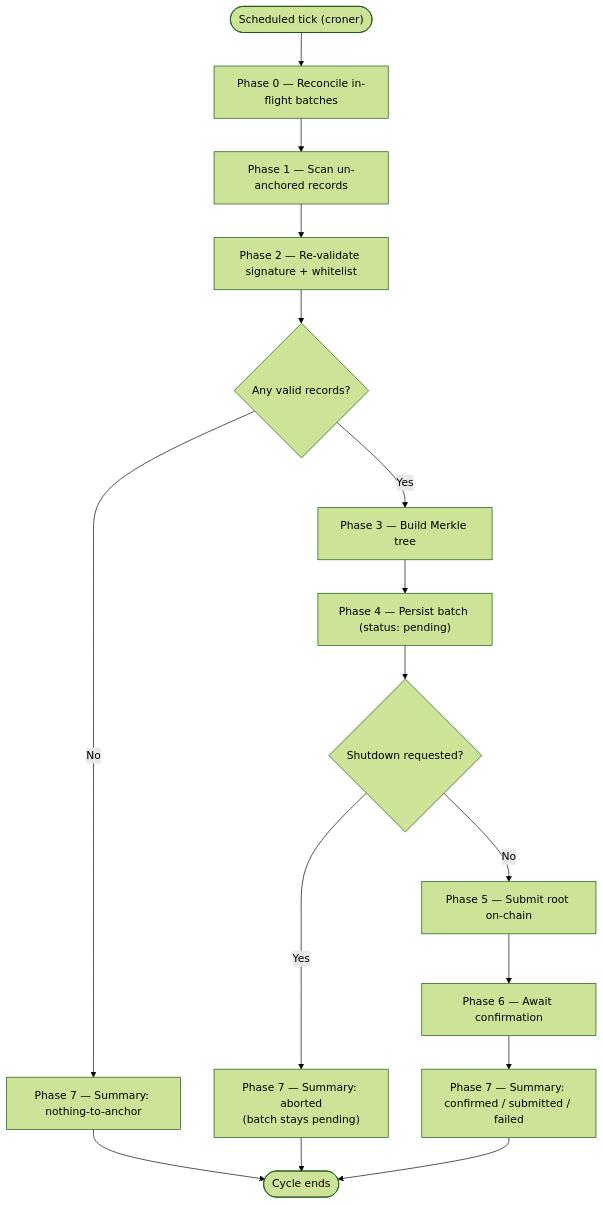
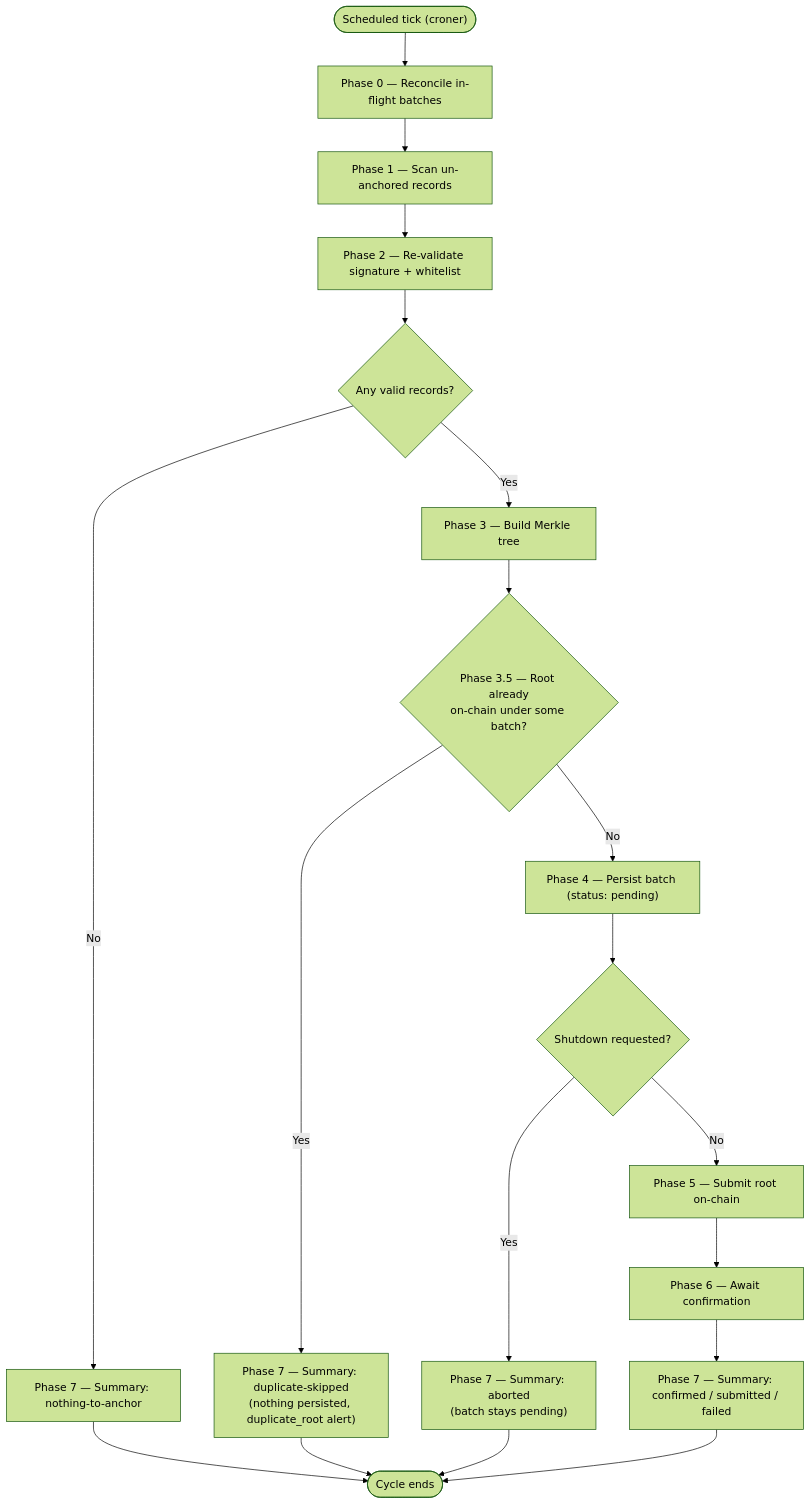
The diagram in docs/en/ANCHOR_SERVICE_EXECUTION_CYCLE.md (DanielCorbellini/madis), drawn with Mermaid (forest theme) before and after one commit. The commit also changed other lines of this file and 6 other files, not shown here.

Commit message:
docs: bring the anchor, monitor and architecture docs up to date with the code (en and pt-br)

````diff
--- a/docs/en/ANCHOR_SERVICE_EXECUTION_CYCLE.md
+++ b/docs/en/ANCHOR_SERVICE_EXECUTION_CYCLE.md
@@ -54,18 +54,21 @@
 ```mermaid
 flowchart TD
     Start(["Scheduled tick (croner)"]) --> P0["Phase 0 — Reconcile in-flight batches"]
     P0 --> P1["Phase 1 — Scan un-anchored records"]
     P1 --> P2["Phase 2 — Re-validate signature + whitelist"]
     P2 --> D1{"Any valid records?"}
     D1 -- No --> S1["Phase 7 — Summary: nothing-to-anchor"]
     D1 -- Yes --> P3["Phase 3 — Build Merkle tree"]
-    P3 --> P4["Phase 4 — Persist batch (status: pending)"]
+    P3 --> D3{"Phase 3.5 — Root already<br/>on-chain under some batch?"}
+    D3 -- Yes --> S4["Phase 7 — Summary: duplicate-skipped<br/>(nothing persisted, duplicate_root alert)"]
+    D3 -- No --> P4["Phase 4 — Persist batch (status: pending)"]
     P4 --> D2{"Shutdown requested?"}
     D2 -- Yes --> S2["Phase 7 — Summary: aborted<br/>(batch stays pending)"]
     D2 -- No --> P5["Phase 5 — Submit root on-chain"]
     P5 --> P6["Phase 6 — Await confirmation"]
     P6 --> S3["Phase 7 — Summary: confirmed / submitted / failed"]
     S1 --> End(["Cycle ends"])
+    S4 --> End
     S2 --> End
     S3 --> End
 ```
````
